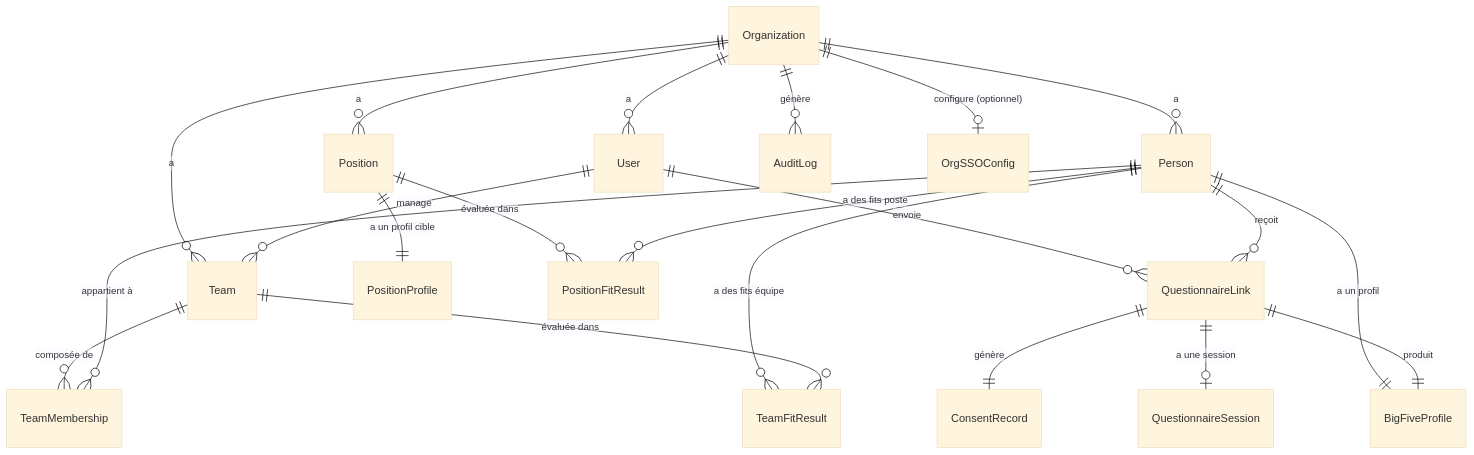
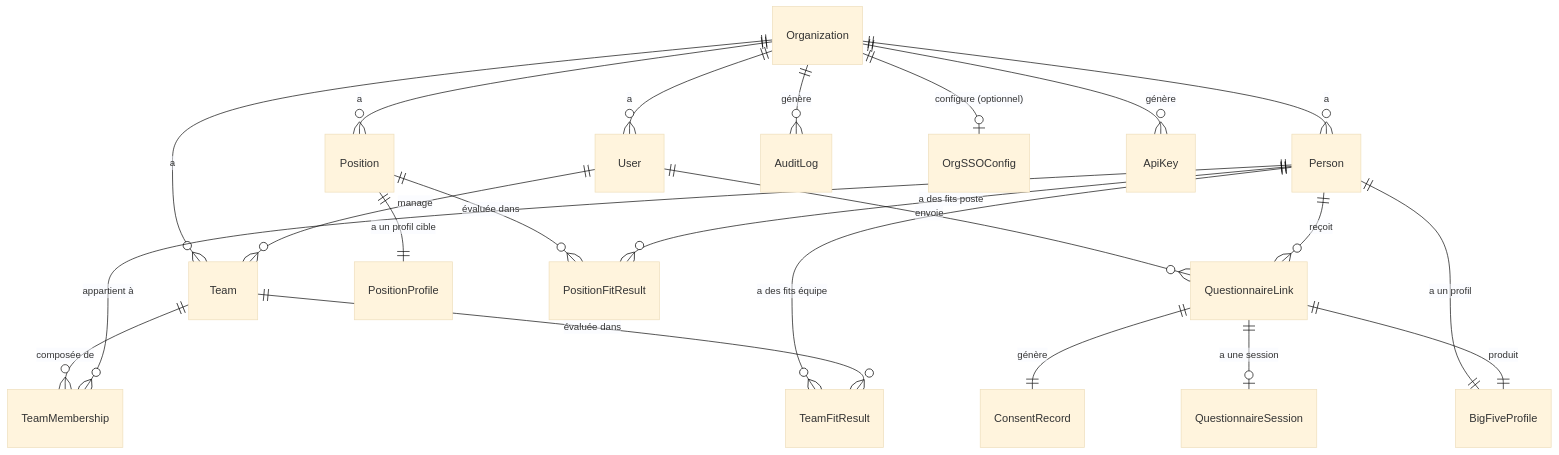
Before and after one commit to adams43360/FitRadarHR: the diagram in docs/technical/schema.md, drawn with Mermaid (base theme). The commit also changed other lines of this file and 18 other files, not shown here.

Commit message:
feat(api): API publique en lecture seule, clé API par organisation (roadmap V2 #9, US-E1-06)

````diff
--- a/docs/technical/schema.md
+++ b/docs/technical/schema.md
@@ -10,31 +10,32 @@
 ```mermaid
 erDiagram
 
     Organization ||--o{ User : "a"
     Organization ||--o{ Position : "a"
     Organization ||--o{ Team : "a"
     Organization ||--o{ Person : "a"
     Organization ||--o{ AuditLog : "génère"
     Organization ||--o| OrgSSOConfig : "configure (optionnel)"
+    Organization ||--o{ ApiKey : "génère"
 
     User ||--o{ Team : "manage"
     User ||--o{ QuestionnaireLink : "envoie"
 
     Position ||--|| PositionProfile : "a un profil cible"
     Position ||--o{ PositionFitResult : "évaluée dans"
 
     Team ||--o{ TeamMembership : "composée de"
     Person ||--o{ TeamMembership : "appartient à"
 
     Person ||--o{ QuestionnaireLink : "reçoit"
     Person ||--|| BigFiveProfile : "a un profil"
 
     QuestionnaireLink ||--|| ConsentRecord : "génère"
     QuestionnaireLink ||--o| QuestionnaireSession : "a une session"
     QuestionnaireLink ||--|| BigFiveProfile : "produit"
 
     Person ||--o{ PositionFitResult : "a des fits poste"
     Person ||--o{ TeamFitResult : "a des fits équipe"
 
     Team ||--o{ TeamFitResult : "évaluée dans"
 ```
````
